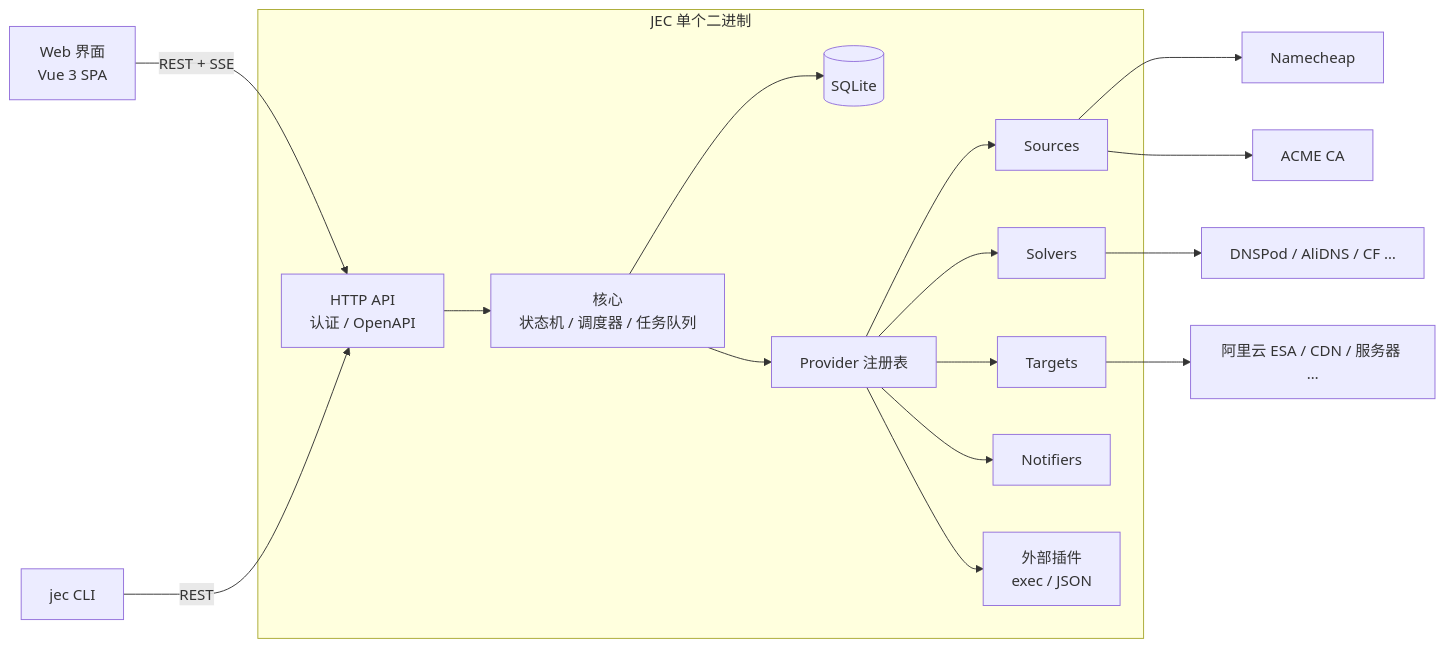
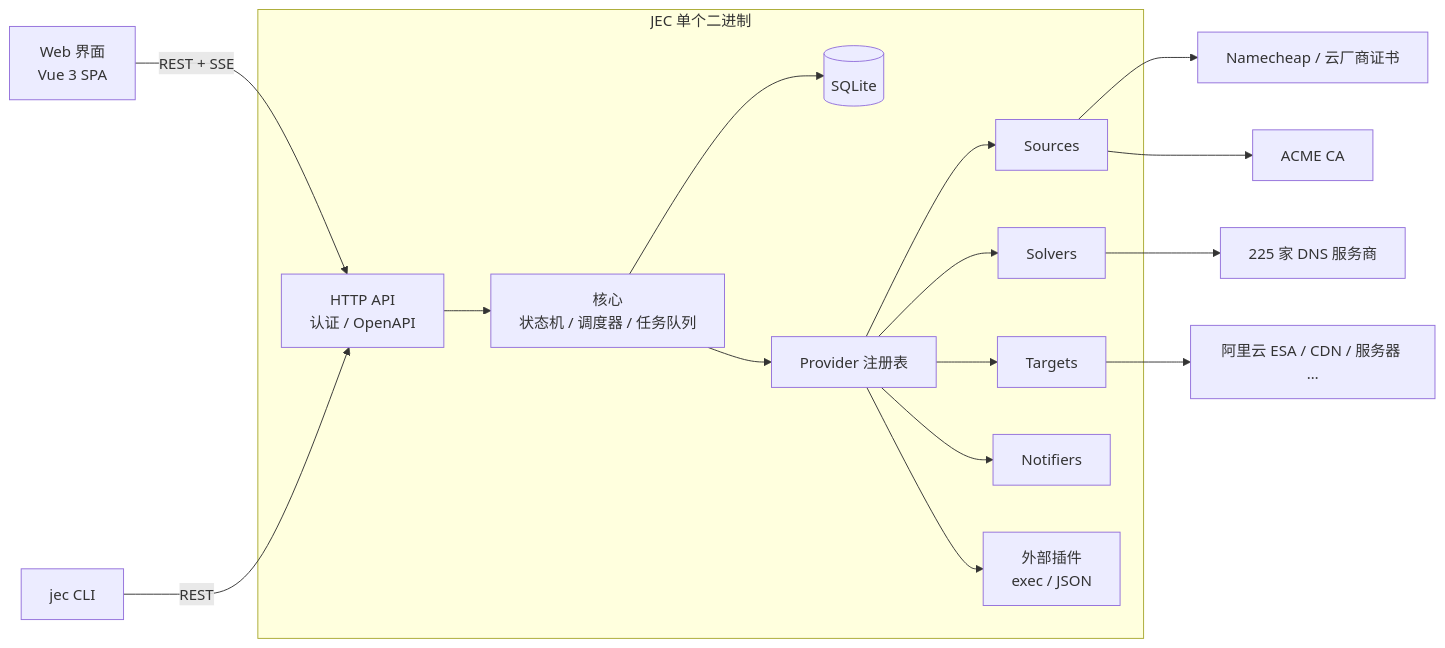
One commit to XMZO/JustEnoughCerts changed the first of 2 diagrams in PLAN.md. Above: the diagram before and after it, drawn with Mermaid. The commit also changed other lines of this file, not shown here.

````diff
--- a/PLAN.md
+++ b/PLAN.md
@@ -62,19 +64,19 @@
 ```mermaid
 flowchart LR
   UI[Web 界面<br/>Vue 3 SPA] -->|REST + SSE| API
   CLI[jec CLI] -->|REST| API
   subgraph JEC 单个二进制
     API[HTTP API<br/>认证 / OpenAPI] --> Core
     Core[核心<br/>状态机 / 调度器 / 任务队列] --> Store[(SQLite)]
     Core --> Reg[Provider 注册表]
     Reg --> S[Sources]
     Reg --> V[Solvers]
     Reg --> T[Targets]
     Reg --> N[Notifiers]
     Reg --> P[外部插件<br/>exec / JSON]
   end
-  S --> NC[Namecheap]
+  S --> NC[Namecheap / 云厂商证书]
   S --> ACME[ACME CA]
-  V --> DNS[DNSPod / AliDNS / CF …]
+  V --> DNS[225 家 DNS 服务商]
   T --> ESA[阿里云 ESA / CDN / 服务器 …]
 ```
````
